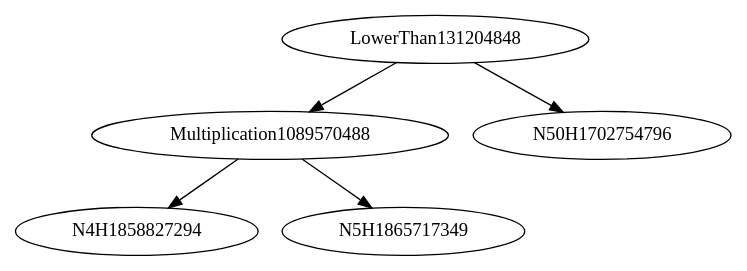
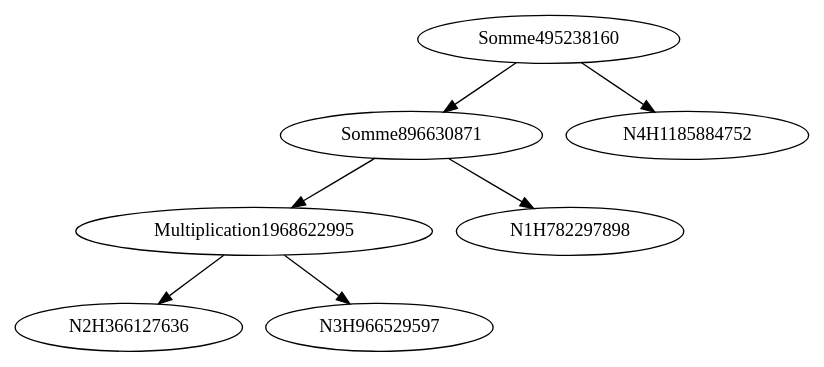
Before and after one commit to Charles-M/CompilateurPlic: the diagram in img.jpg.dot, drawn with Graphviz. The commit also changed 15 other files, not shown here.

```diff
--- a/img.jpg.dot
+++ b/img.jpg.dot
@@ -1,6 +1,8 @@
 digraph { 
-Multiplication1089570488->N4H1858827294
-Multiplication1089570488->N5H1865717349
-LowerThan131204848->Multiplication1089570488
-LowerThan131204848->N50H1702754796
+Multiplication1968622995->N2H366127636
+Multiplication1968622995->N3H966529597
+Somme896630871->N1H782297898
+Somme896630871->Multiplication1968622995
+Somme495238160->Somme896630871
+Somme495238160->N4H1185884752
 }
```
